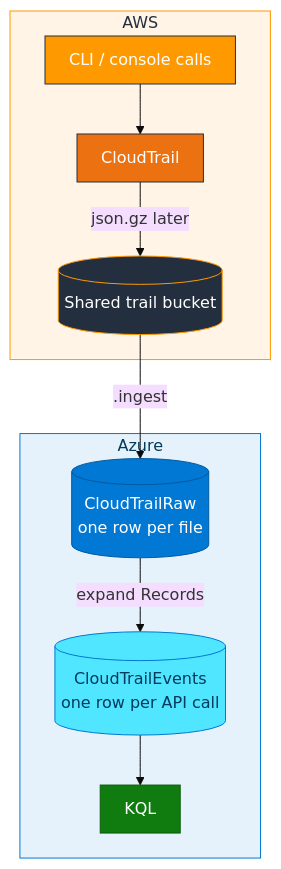
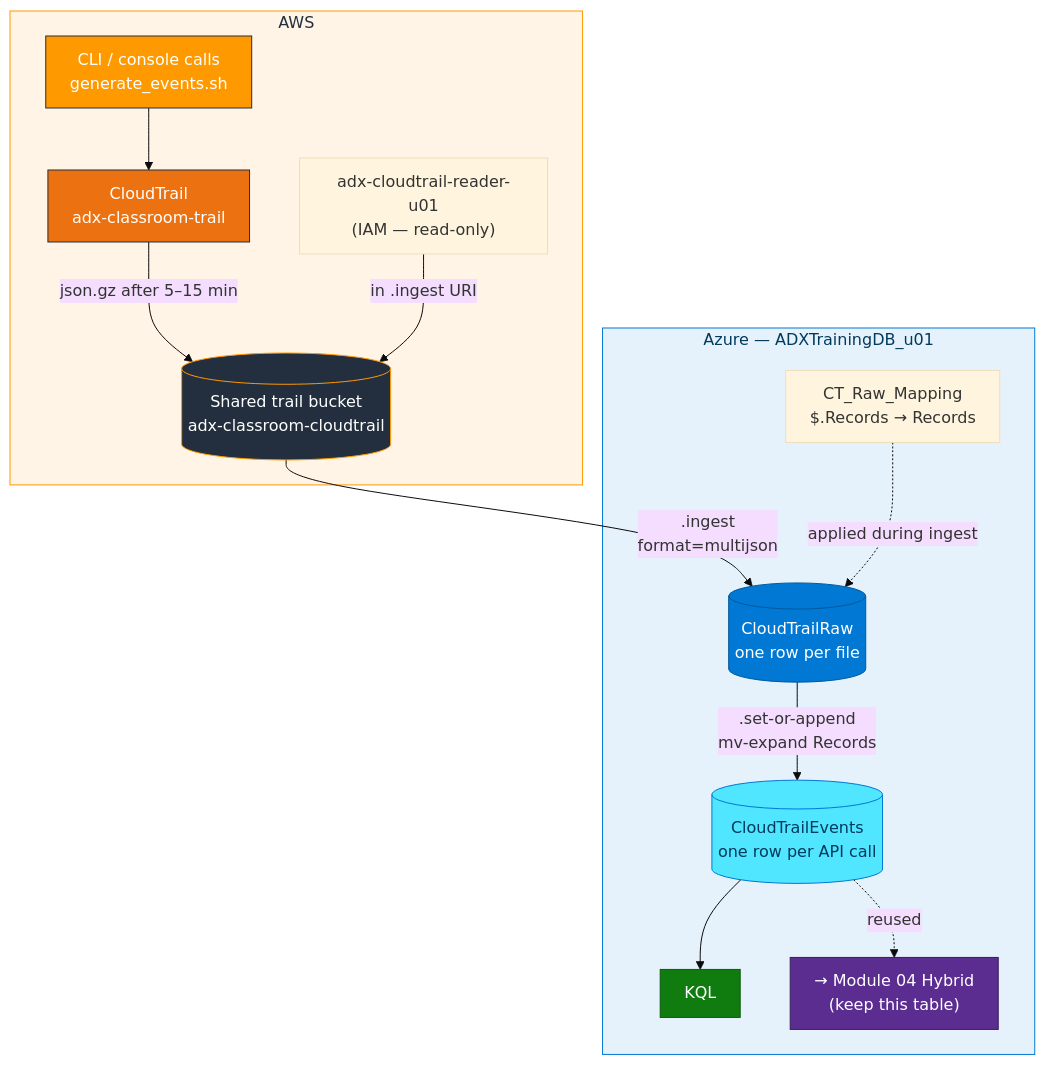
One commit to atingupta2005/adx-aws-training-aug-26 changed the second of 3 diagrams in Module_02_AWS_CloudTrail/02_CloudTrail_to_ADX_Concepts.md. Above: the diagram before and after it, drawn with Mermaid. The commit also changed other lines of this file and 6 other files, not shown here.

````diff
--- a/Module_02_AWS_CloudTrail/02_CloudTrail_to_ADX_Concepts.md
+++ b/Module_02_AWS_CloudTrail/02_CloudTrail_to_ADX_Concepts.md
@@ -31,27 +71,34 @@
 ```mermaid
 %%{init: {"theme":"base","flowchart":{"htmlLabels":true,"padding":12}}}%%
 flowchart TB
   subgraph awsBox [AWS]
-    API["CLI / console calls"]
-    CT["CloudTrail"]
-    S3[("Shared trail bucket")]
+    API["CLI / console calls<br/>generate_events.sh"]
+    CT["CloudTrail<br/>adx-classroom-trail"]
+    S3[("Shared trail bucket<br/>adx-classroom-cloudtrail")]
+    READER["adx-cloudtrail-reader-u01<br/>(IAM — read-only)"]
   end
-  subgraph azureBox [Azure]
+  subgraph azureBox [Azure — ADXTrainingDB_u01]
     RAW[("CloudTrailRaw<br/>one row per file")]
+    MAPPING["CT_Raw_Mapping<br/>$.Records → Records"]
     EVT[("CloudTrailEvents<br/>one row per API call")]
     KQL["KQL"]
+    M04["→ Module 04 Hybrid<br/>(keep this table)"]
   end
   API --> CT
-  CT -->|"json.gz later"| S3
-  S3 -->|".ingest"| RAW
-  RAW -->|"expand Records"| EVT
+  CT -->|"json.gz after 5–15 min"| S3
+  READER -->|"in .ingest URI"| S3
+  S3 -->|".ingest<br/>format=multijson"| RAW
+  MAPPING -.->|"applied during ingest"| RAW
+  RAW -->|".set-or-append<br/>mv-expand Records"| EVT
   EVT --> KQL
+  EVT -.->|"reused"| M04
   style awsBox fill:#FFF4E5,stroke:#FF9900,color:#232F3E
   style azureBox fill:#E6F2FB,stroke:#0078D4,color:#003A5D
   style API fill:#FF9900,stroke:#232F3E,color:#fff
   style CT fill:#EC7211,stroke:#232F3E,color:#fff
   style S3 fill:#232F3E,stroke:#FF9900,color:#fff
   style RAW fill:#0078D4,stroke:#005A9E,color:#fff
   style EVT fill:#50E6FF,stroke:#0078D4,color:#003A5D
   style KQL fill:#107C10,stroke:#0B5A0B,color:#fff
+  style M04 fill:#5C2D91,stroke:#3A1D5C,color:#fff
 ```
````
